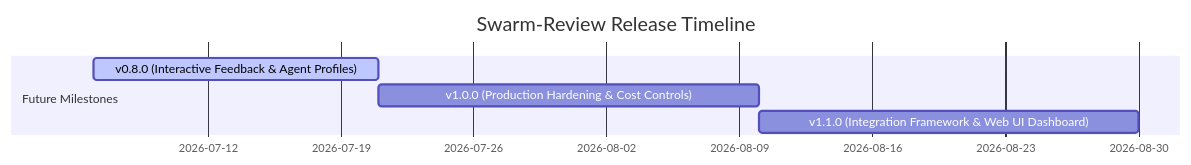
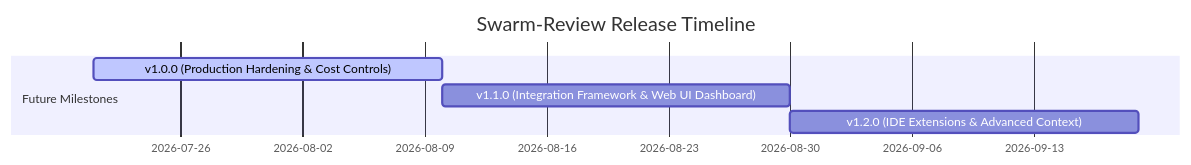
One commit to EvanGribar/Swarm-Review changed the diagram in ROADMAP.md. Above: the diagram before and after it, drawn with Mermaid. The commit also changed other lines of this file and 14 other files, not shown here.

````diff
--- a/ROADMAP.md
+++ b/ROADMAP.md
@@ -5,9 +5,9 @@
 ```mermaid
 gantt
     title Swarm-Review Release Timeline
     dateFormat  YYYY-MM-DD
     section Future Milestones
-    v0.8.0 (Interactive Feedback & Agent Profiles) :active, 2026-07-06, 15d
-    v1.0.0 (Production Hardening & Cost Controls) : 2026-07-21, 20d
+    v1.0.0 (Production Hardening & Cost Controls) :active, 2026-07-21, 20d
     v1.1.0 (Integration Framework & Web UI Dashboard) : 2026-08-10, 20d
+    v1.2.0 (IDE Extensions & Advanced Context) : 2026-08-30, 20d
 ```
````
